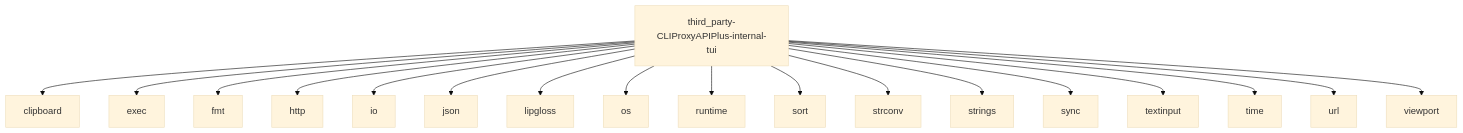
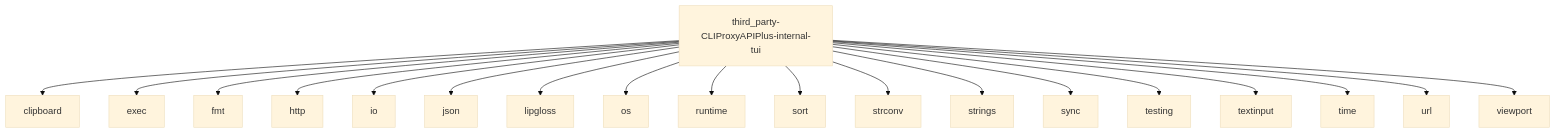
Before and after one commit to 0xTract0r/quotio: the diagram in .agentlens/modules/third_party-CLIProxyAPIPlus-internal-tui/imports.md, drawn with Mermaid (base theme). The commit also changed other lines of this file and 126 other files, not shown here.

````diff
--- a/.agentlens/modules/third_party-CLIProxyAPIPlus-internal-tui/imports.md
+++ b/.agentlens/modules/third_party-CLIProxyAPIPlus-internal-tui/imports.md
@@ -7,20 +7,21 @@
 ```mermaid
 graph TD
     third_party_CLIProxyAPIPlus_internal_tui[third_party-CLIProxyAPIPlus-internal-tui] --> clipboard[clipboard]
     third_party_CLIProxyAPIPlus_internal_tui[third_party-CLIProxyAPIPlus-internal-tui] --> exec[exec]
     third_party_CLIProxyAPIPlus_internal_tui[third_party-CLIProxyAPIPlus-internal-tui] --> fmt[fmt]
     third_party_CLIProxyAPIPlus_internal_tui[third_party-CLIProxyAPIPlus-internal-tui] --> http[http]
     third_party_CLIProxyAPIPlus_internal_tui[third_party-CLIProxyAPIPlus-internal-tui] --> io[io]
     third_party_CLIProxyAPIPlus_internal_tui[third_party-CLIProxyAPIPlus-internal-tui] --> json[json]
     third_party_CLIProxyAPIPlus_internal_tui[third_party-CLIProxyAPIPlus-internal-tui] --> lipgloss[lipgloss]
     third_party_CLIProxyAPIPlus_internal_tui[third_party-CLIProxyAPIPlus-internal-tui] --> os[os]
     third_party_CLIProxyAPIPlus_internal_tui[third_party-CLIProxyAPIPlus-internal-tui] --> runtime[runtime]
     third_party_CLIProxyAPIPlus_internal_tui[third_party-CLIProxyAPIPlus-internal-tui] --> sort[sort]
     third_party_CLIProxyAPIPlus_internal_tui[third_party-CLIProxyAPIPlus-internal-tui] --> strconv[strconv]
     third_party_CLIProxyAPIPlus_internal_tui[third_party-CLIProxyAPIPlus-internal-tui] --> strings[strings]
     third_party_CLIProxyAPIPlus_internal_tui[third_party-CLIProxyAPIPlus-internal-tui] --> sync[sync]
+    third_party_CLIProxyAPIPlus_internal_tui[third_party-CLIProxyAPIPlus-internal-tui] --> testing[testing]
     third_party_CLIProxyAPIPlus_internal_tui[third_party-CLIProxyAPIPlus-internal-tui] --> textinput[textinput]
     third_party_CLIProxyAPIPlus_internal_tui[third_party-CLIProxyAPIPlus-internal-tui] --> time[time]
     third_party_CLIProxyAPIPlus_internal_tui[third_party-CLIProxyAPIPlus-internal-tui] --> url[url]
     third_party_CLIProxyAPIPlus_internal_tui[third_party-CLIProxyAPIPlus-internal-tui] --> viewport[viewport]
 ```
````
